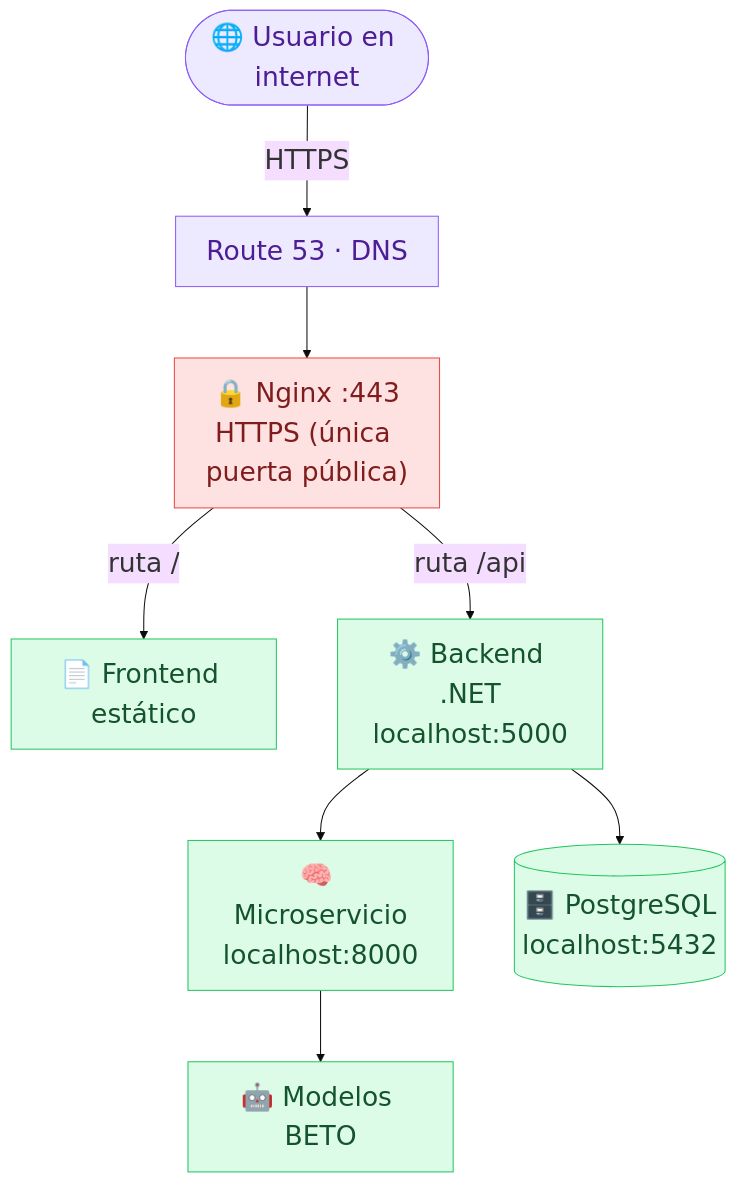
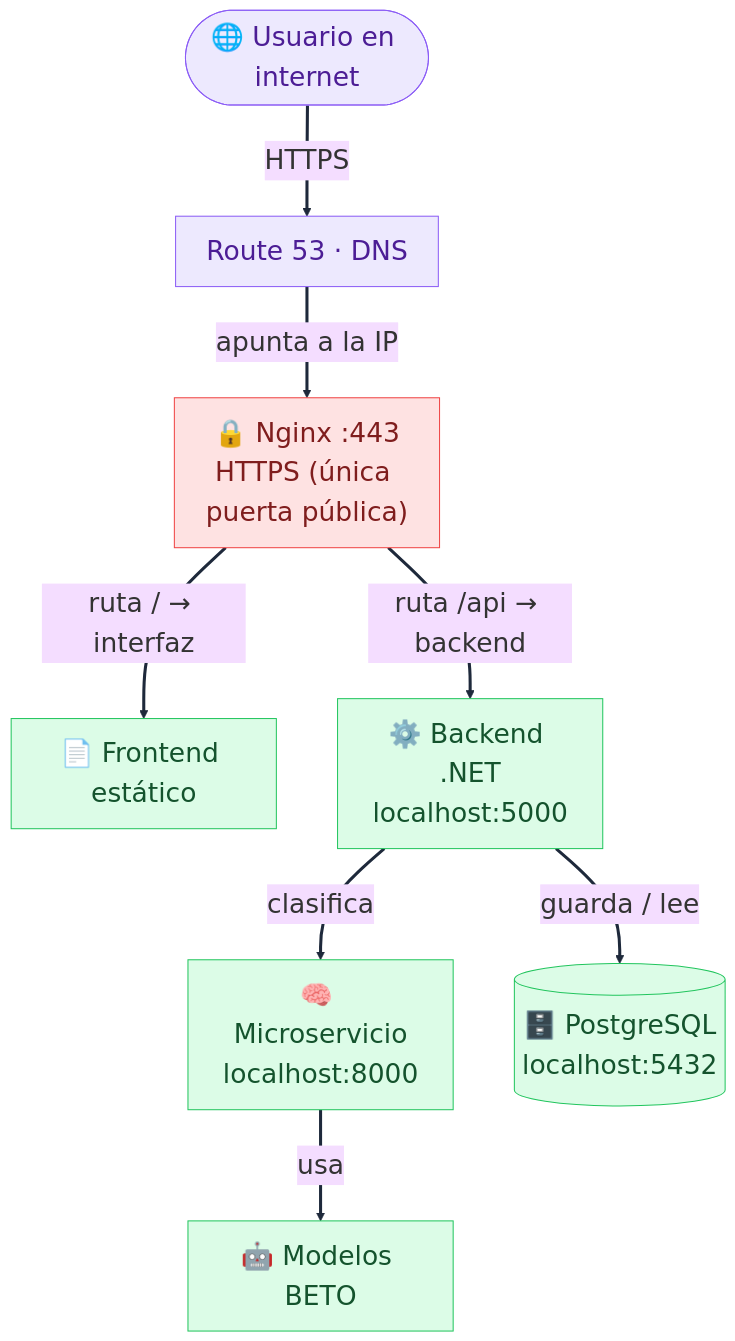
The third of 3 diagrams in README.md (alexisherrera09/sirec), drawn with Mermaid before and after one commit. The commit also changed other lines of this file, not shown here.

First line of the commit message:
README: relaciones visibles en los diagramas

````diff
--- a/README.md
+++ b/README.md
@@ -260,18 +263,19 @@
 ```mermaid
-%%{init: {'theme':'base', 'themeVariables': {'fontSize':'26px'}, 'flowchart': {'nodeSpacing':60, 'rankSpacing':70}}}%%
+%%{init: {'theme':'base', 'themeVariables': {'fontSize':'26px', 'lineColor':'#1e293b'}, 'flowchart': {'nodeSpacing':60, 'rankSpacing':70}}}%%
 flowchart TD
     User([🌐 Usuario en internet]) -->|"HTTPS"| R53["Route 53 · DNS"]
-    R53 --> NGINX["🔒 Nginx :443<br/>HTTPS (única puerta pública)"]
-    NGINX -->|"ruta /"| STATIC["📄 Frontend estático"]
-    NGINX -->|"ruta /api"| NET["⚙️ Backend .NET<br/>localhost:5000"]
-    NET --> PY["🧠 Microservicio<br/>localhost:8000"]
-    PY --> M["🤖 Modelos BETO"]
-    NET --> PG[("🗄️ PostgreSQL<br/>localhost:5432")]
+    R53 -->|"apunta a la IP"| NGINX["🔒 Nginx :443<br/>HTTPS (única puerta pública)"]
+    NGINX -->|"ruta / → interfaz"| STATIC["📄 Frontend estático"]
+    NGINX -->|"ruta /api → backend"| NET["⚙️ Backend .NET<br/>localhost:5000"]
+    NET -->|"clasifica"| PY["🧠 Microservicio<br/>localhost:8000"]
+    PY -->|"usa"| M["🤖 Modelos BETO"]
+    NET -->|"guarda / lee"| PG[("🗄️ PostgreSQL<br/>localhost:5432")]
 
+    linkStyle default stroke:#1e293b,stroke-width:3px;
     classDef ext fill:#ede9fe,stroke:#8b5cf6,color:#4c1d95;
     classDef edge fill:#fee2e2,stroke:#ef4444,color:#7f1d1d;
     classDef svc fill:#dcfce7,stroke:#22c55e,color:#14532d;
     class User,R53 ext;
     class NGINX edge;
     class STATIC,NET,PY,PG,M svc;
 ```
````
